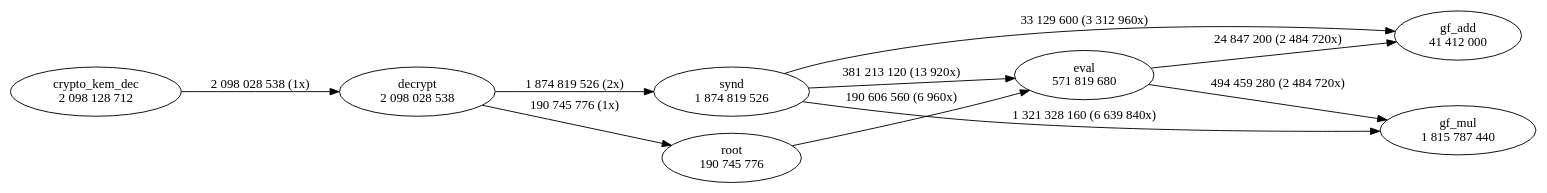
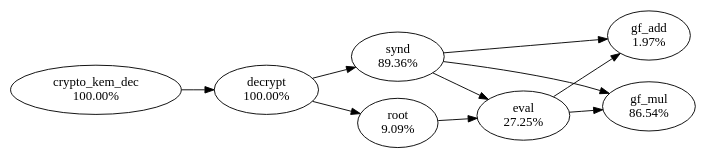
One commit to profiling-pqc-kem-thesis/data changed the diagram in classic-mceliece/hot-paths/6960119/crypto_kem_dec.dot. Above: the diagram before and after it, drawn with Graphviz. The commit also changed 12 other files, not shown here.

```diff
--- a/classic-mceliece/hot-paths/6960119/crypto_kem_dec.dot
+++ b/classic-mceliece/hot-paths/6960119/crypto_kem_dec.dot
@@ -1,19 +1,19 @@
 digraph "callgraph" {
   rankdir=LR;
-  F5562532e3880 [label="eval\n571 819 680"];
-  F5562533590e0 [label="gf_mul\n1 815 787 440"];
-  F55625344fcb0 [label="crypto_kem_dec\n2 098 128 712"];
-  F5562538b9d00 [label="root\n190 745 776"];
-  F5562540f3260 [label="decrypt\n2 098 028 538"];
-  F55625414db00 [label="synd\n1 874 819 526"];
-  F556254229290 [label="gf_add\n41 412 000"];
-  F5562532e3880 -> F5562533590e0 [weight=2,label="494 459 280 (2 484 720x)"];
-  F5562532e3880 -> F556254229290 [weight=2,label="24 847 200 (2 484 720x)"];
-  F55625344fcb0 -> F5562540f3260 [weight=3,label="2 098 028 538 (1x)"];
-  F5562538b9d00 -> F5562532e3880 [weight=2,label="190 606 560 (6 960x)"];
-  F5562540f3260 -> F5562538b9d00 [weight=2,label="190 745 776 (1x)"];
-  F5562540f3260 -> F55625414db00 [weight=3,label="1 874 819 526 (2x)"];
-  F55625414db00 -> F5562532e3880 [weight=2,label="381 213 120 (13 920x)"];
-  F55625414db00 -> F5562533590e0 [weight=3,label="1 321 328 160 (6 639 840x)"];
-  F55625414db00 -> F556254229290 [weight=2,label="33 129 600 (3 312 960x)"];
+  F5562532e3880 [label="eval\n27.25%"];
+  F5562533590e0 [label="gf_mul\n86.54%"];
+  F55625344fcb0 [label="crypto_kem_dec\n100.00%"];
+  F5562538b9d00 [label="root\n9.09%"];
+  F5562540f3260 [label="decrypt\n100.00%"];
+  F55625414db00 [label="synd\n89.36%"];
+  F556254229290 [label="gf_add\n1.97%"];
+  F5562532e3880 -> F5562533590e0
+  F5562532e3880 -> F556254229290
+  F55625344fcb0 -> F5562540f3260
+  F5562538b9d00 -> F5562532e3880
+  F5562540f3260 -> F5562538b9d00
+  F5562540f3260 -> F55625414db00
+  F55625414db00 -> F5562532e3880
+  F55625414db00 -> F5562533590e0
+  F55625414db00 -> F556254229290
 }
```
